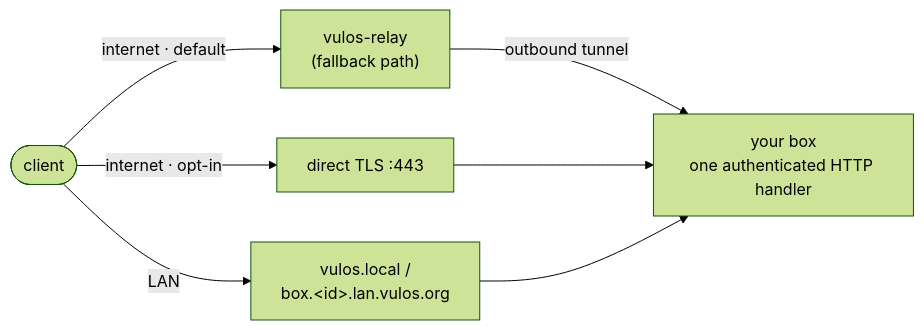
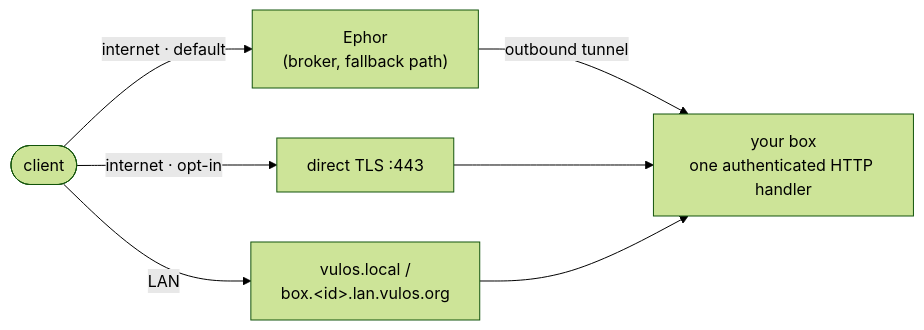
One commit to vul-os/vulos changed the diagram in docs/NETWORKING.md. Above: the diagram before and after it, drawn with Mermaid (forest theme). The commit also changed other lines of this file and 1 other file, not shown here.

First line of the commit message:
docs: reachability via Ephor + a Settings walkthrough

````diff
--- a/docs/NETWORKING.md
+++ b/docs/NETWORKING.md
@@ -15,9 +23,9 @@
 ```mermaid
 flowchart LR
-  C(["client"]) -->|"internet · default"| R["vulos-relay<br/>(fallback path)"]
+  C(["client"]) -->|"internet · default"| R["Ephor<br/>(broker, fallback path)"]
   C -->|"internet · opt-in"| D["direct TLS :443"]
   C -->|"LAN"| L["vulos.local /<br/>box.&lt;id&gt;.lan.vulos.org"]
   R -->|"outbound tunnel"| B["your box<br/>one authenticated HTTP handler"]
   D --> B
   L --> B
 ```
````
